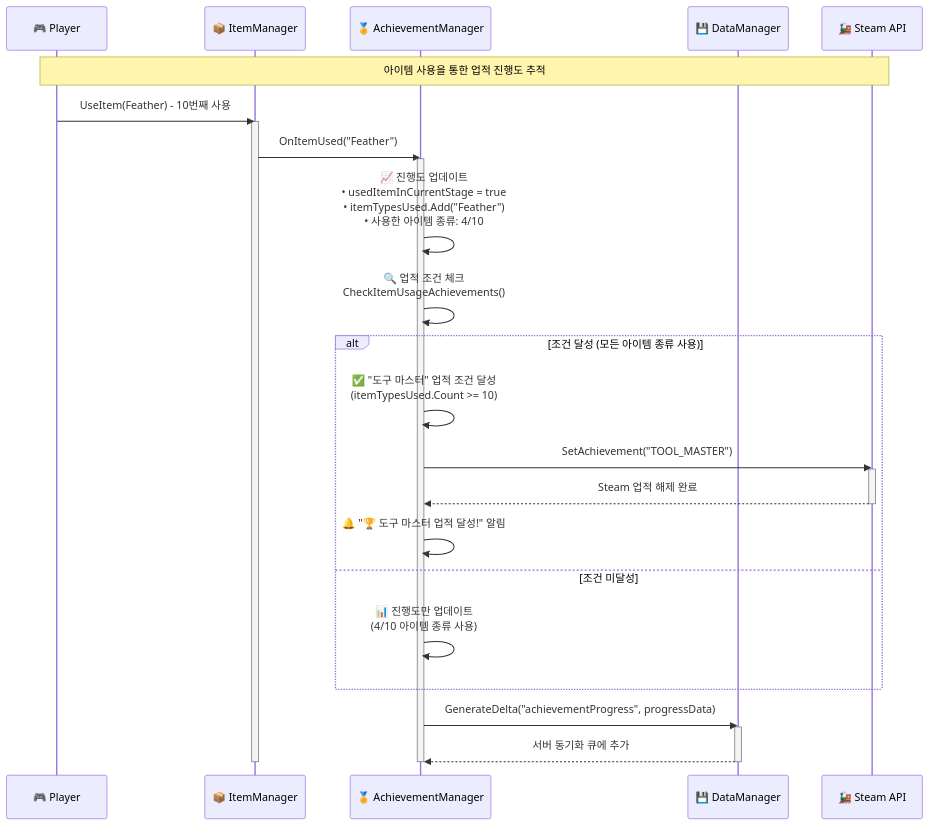
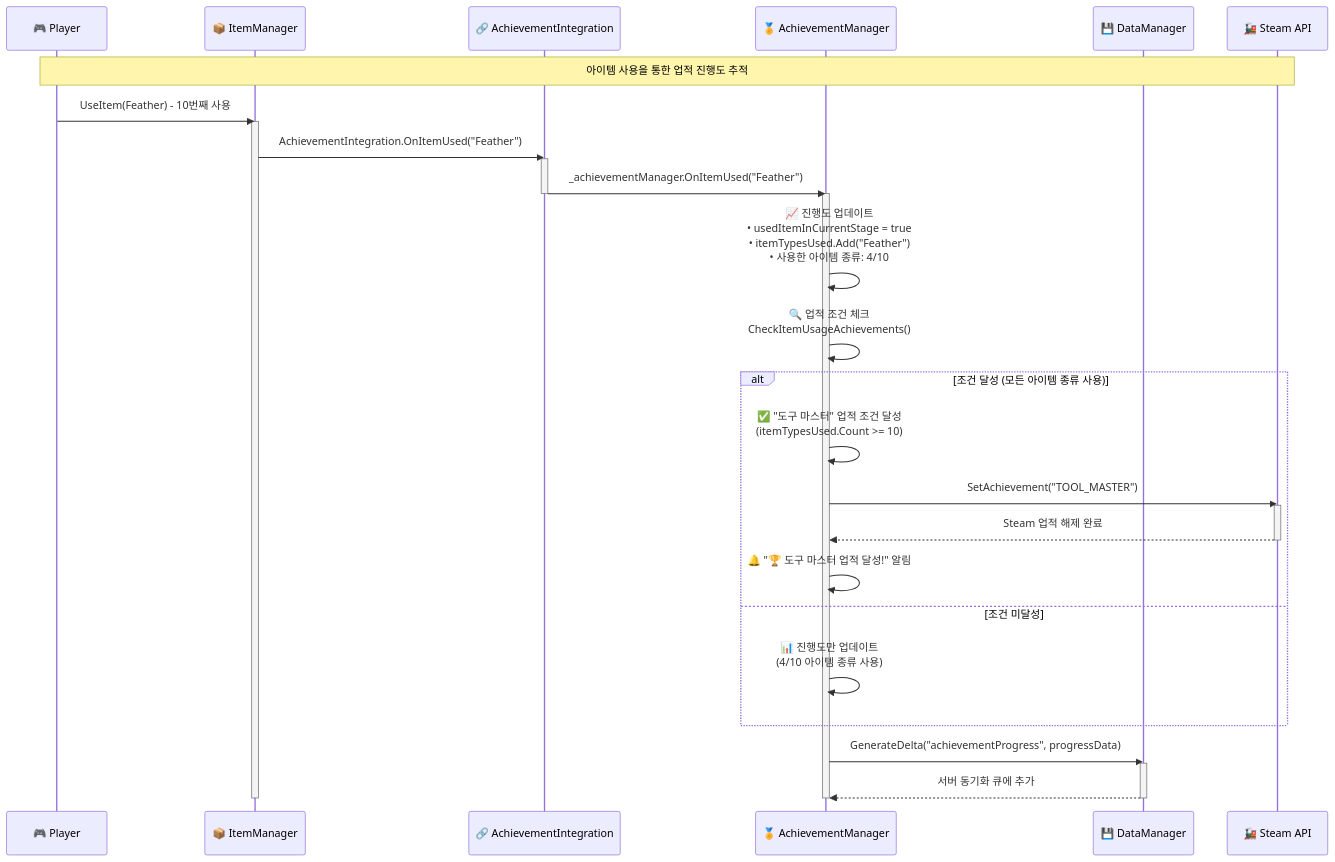
Before and after one commit to heejune1209/Just-climb-: the fifth of 5 diagrams in 랭킹·업적 시스템 시퀀스 다이어그램.md, drawn with Mermaid. The commit also changed other lines of this file and 1 other file, not shown here.

````diff
--- a/랭킹·업적 시스템 시퀀스 다이어그램.md
+++ b/랭킹·업적 시스템 시퀀스 다이어그램.md
@@ -315,41 +320,46 @@
 ```mermaid
 sequenceDiagram
     participant Player as 🎮 Player
     participant ItemMgr as 📦 ItemManager
+    participant Integration as 🔗 AchievementIntegration
     participant AchievementMgr as 🏅 AchievementManager
     participant DataMgr as 💾 DataManager
     participant SteamAPI as 🚂 Steam API
 
     Note over Player, SteamAPI: 아이템 사용을 통한 업적 진행도 추적
     Player->>ItemMgr: UseItem(Feather) - 10번째 사용
     activate ItemMgr
     
-    ItemMgr->>AchievementMgr: OnItemUsed("Feather")
+    ItemMgr->>Integration: AchievementIntegration.OnItemUsed("Feather")
+    activate Integration
+    
+    Integration->>AchievementMgr: _achievementManager.OnItemUsed("Feather")
     activate AchievementMgr
+    deactivate Integration
     
     AchievementMgr->>AchievementMgr: 📈 진행도 업데이트<br/>• usedItemInCurrentStage = true<br/>• itemTypesUsed.Add("Feather")<br/>• 사용한 아이템 종류: 4/10
     
     AchievementMgr->>AchievementMgr: 🔍 업적 조건 체크<br/>CheckItemUsageAchievements()
     
     alt 조건 달성 (모든 아이템 종류 사용)
         AchievementMgr->>AchievementMgr: ✅ "도구 마스터" 업적 조건 달성<br/>(itemTypesUsed.Count >= 10)
         
         AchievementMgr->>SteamAPI: SetAchievement("TOOL_MASTER")
         activate SteamAPI
         SteamAPI-->>AchievementMgr: Steam 업적 해제 완료
         deactivate SteamAPI
         
         AchievementMgr->>AchievementMgr: 🔔 "🏆 도구 마스터 업적 달성!" 알림
         
     else 조건 미달성
         AchievementMgr->>AchievementMgr: 📊 진행도만 업데이트<br/>(4/10 아이템 종류 사용)
     end
     
     AchievementMgr->>DataMgr: GenerateDelta("achievementProgress", progressData)
     activate DataMgr
     DataMgr-->>AchievementMgr: 서버 동기화 큐에 추가
     deactivate DataMgr
     
     deactivate AchievementMgr
     deactivate ItemMgr
 ```
````
